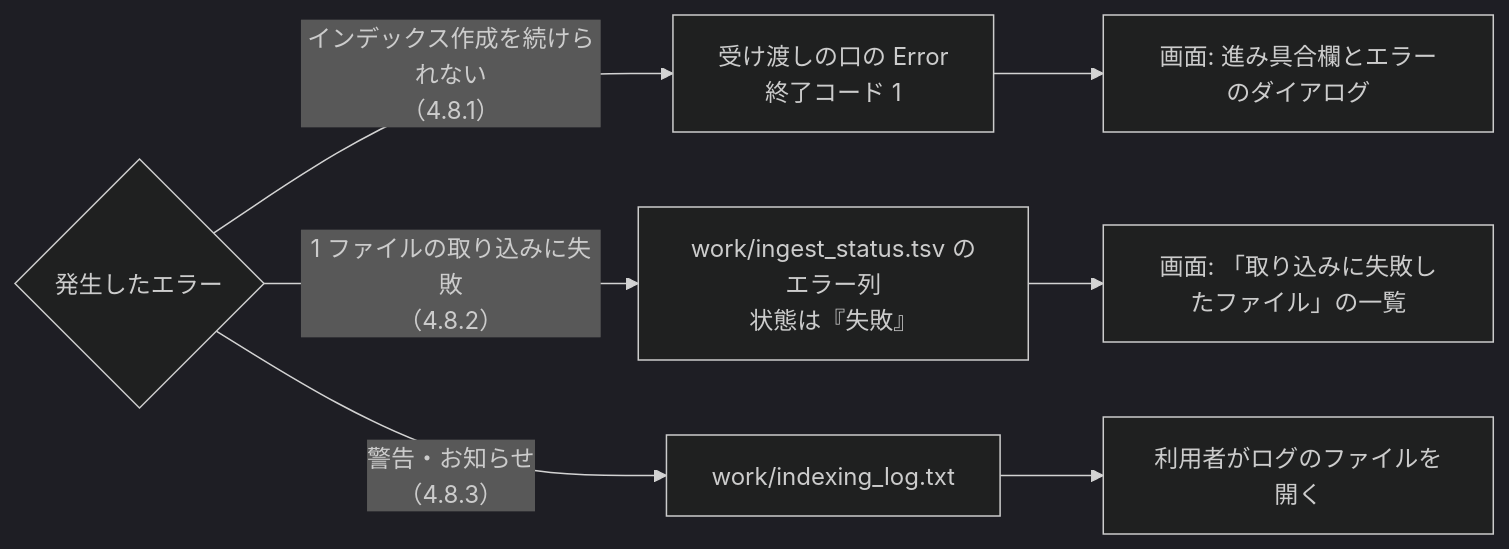
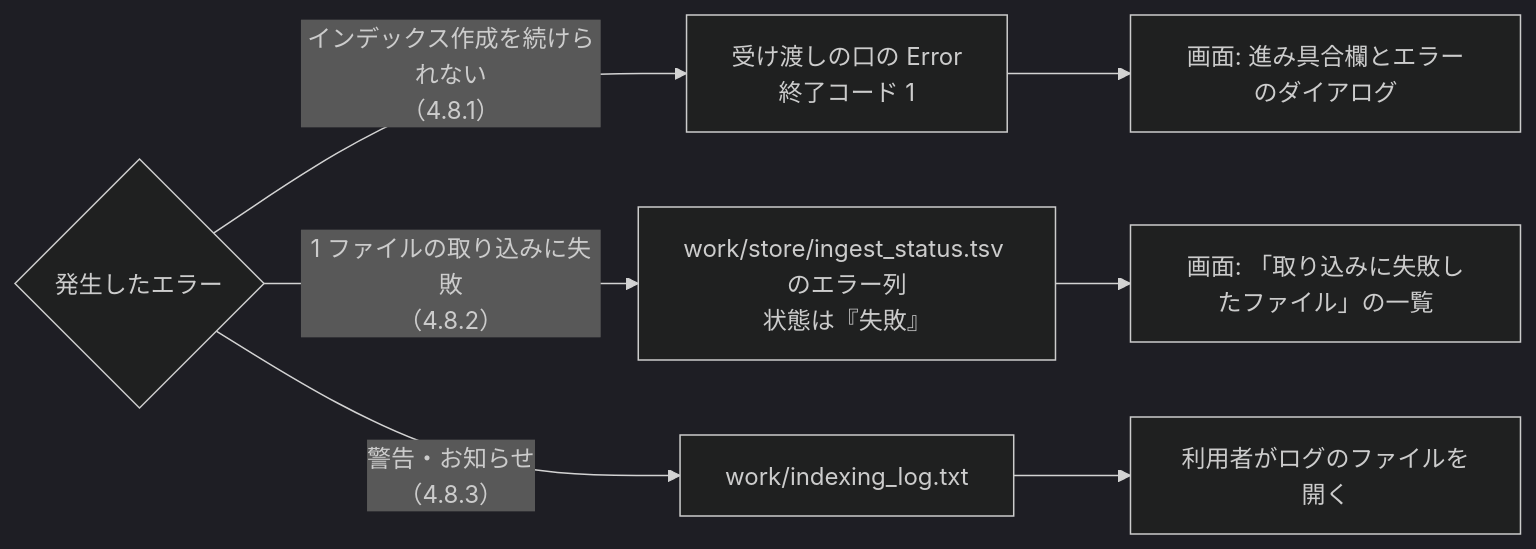
One commit to hsgwa/tebunko changed the diagram in docs/design/indexing/errors.md. Above: the diagram before and after it, drawn with Mermaid (dark theme). The commit also changed other lines of this file and 118 other files, not shown here.

````diff
--- a/docs/design/indexing/errors.md
+++ b/docs/design/indexing/errors.md
@@ -7,6 +7,6 @@
 ```mermaid
 flowchart LR
     E{"発生したエラー"} -- "インデックス作成を続けられない<br>（4.8.1）" --> F["受け渡しの口の Error<br>終了コード 1"] --> G1["画面: 進み具合欄とエラーのダイアログ"]
-    E -- "1 ファイルの取り込みに失敗<br>（4.8.2）" --> S["work/ingest_status.tsv のエラー列<br>状態は『失敗』"] --> G2["画面: 「取り込みに失敗したファイル」の一覧"]
+    E -- "1 ファイルの取り込みに失敗<br>（4.8.2）" --> S["work/store/ingest_status.tsv のエラー列<br>状態は『失敗』"] --> G2["画面: 「取り込みに失敗したファイル」の一覧"]
     E -- "警告・お知らせ<br>（4.8.3）" --> L["work/indexing_log.txt"] --> G3["利用者がログのファイルを開く"]
 ```
````
